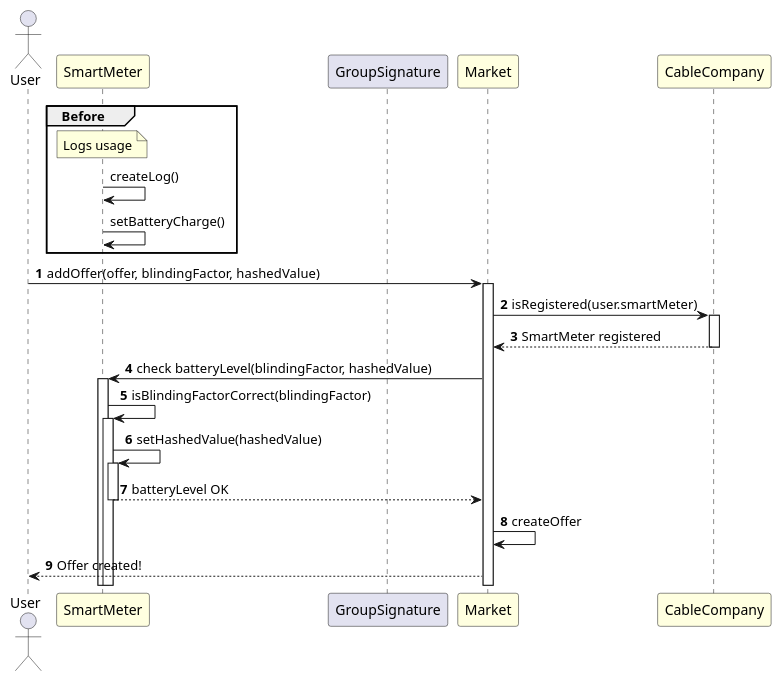
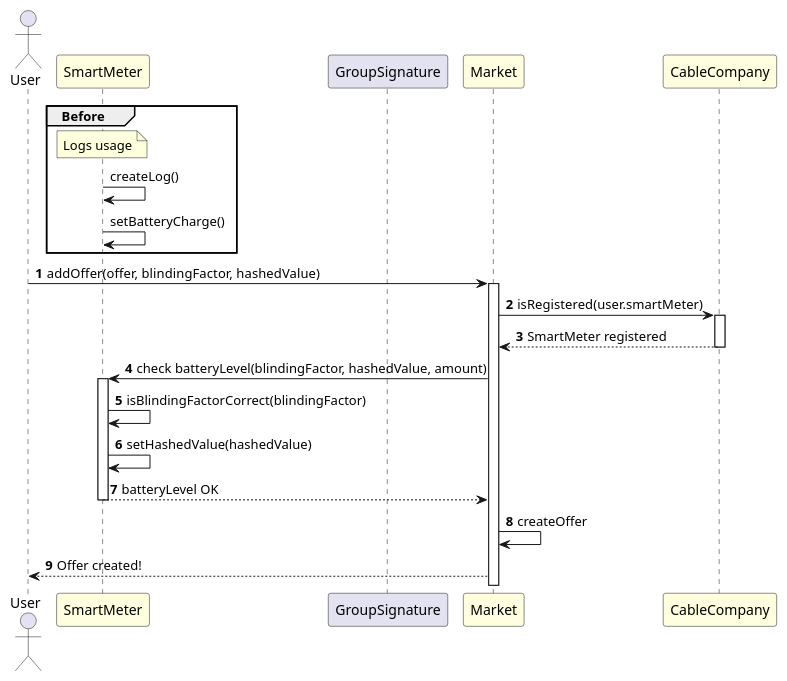
The diagram in docs/addOfferBlinding.puml (antonoeschmidt/SmartGridEmpowered), drawn with PlantUML before and after one commit. The commit also changed 3 other files, not shown here.

```diff
--- a/docs/addOfferBlinding.puml
+++ b/docs/addOfferBlinding.puml
@@ -1,31 +1,29 @@
 @startuml AddOffer
 actor User
 participant SmartMeter #LightYellow
 participant GroupSignature
 participant Market #LightYellow
 participant CableCompany #LightYellow
-
-skinparam responseMessageBelowArrow true
 
 group Before
     note over SmartMeter: Logs usage
     SmartMeter -> SmartMeter: createLog()
 
     SmartMeter -> SmartMeter: setBatteryCharge()
 end group
 
 autonumber
 User -> Market ++: addOffer(offer, blindingFactor, hashedValue)
 
 Market -> CableCompany ++: isRegistered(user.smartMeter)
 CableCompany --> Market --: SmartMeter registered
 
-Market -> SmartMeter ++: check batteryLevel(blindingFactor, hashedValue)
-SmartMeter -> SmartMeter ++: isBlindingFactorCorrect(blindingFactor)
-SmartMeter -> SmartMeter ++: setHashedValue(hashedValue)
+Market -> SmartMeter ++: check batteryLevel(blindingFactor, hashedValue, amount)
+SmartMeter -> SmartMeter: isBlindingFactorCorrect(blindingFactor)
+SmartMeter -> SmartMeter: setHashedValue(hashedValue)
 SmartMeter --> Market --: batteryLevel OK
 
 Market -> Market: createOffer
 
 Market --> User: Offer created!
 @enduml
```
